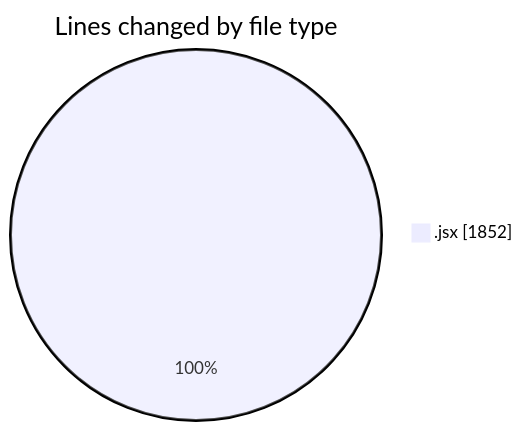
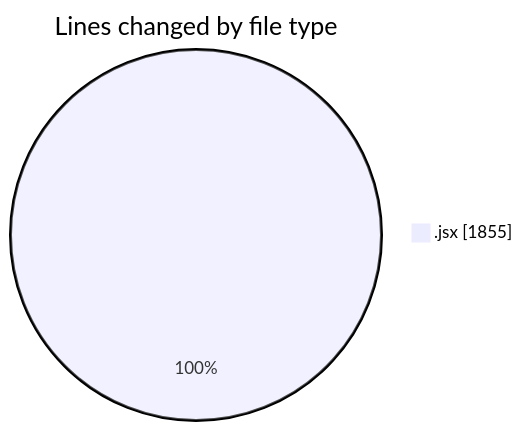
Before and after one commit to nxtqubesakshisongat/code-tracking: the first of 2 diagrams in 2025-05-26/nxtqube_webapp/README.md, drawn with Mermaid. The commit also changed other lines of this file and 1 other file, not shown here.

````diff
--- a/2025-05-26/nxtqube_webapp/README.md
+++ b/2025-05-26/nxtqube_webapp/README.md
@@ -20,5 +20,5 @@
 ```mermaid
 pie showData
 title Lines changed by file type
-".jsx" : 1852
+".jsx" : 1855
 ```
````
